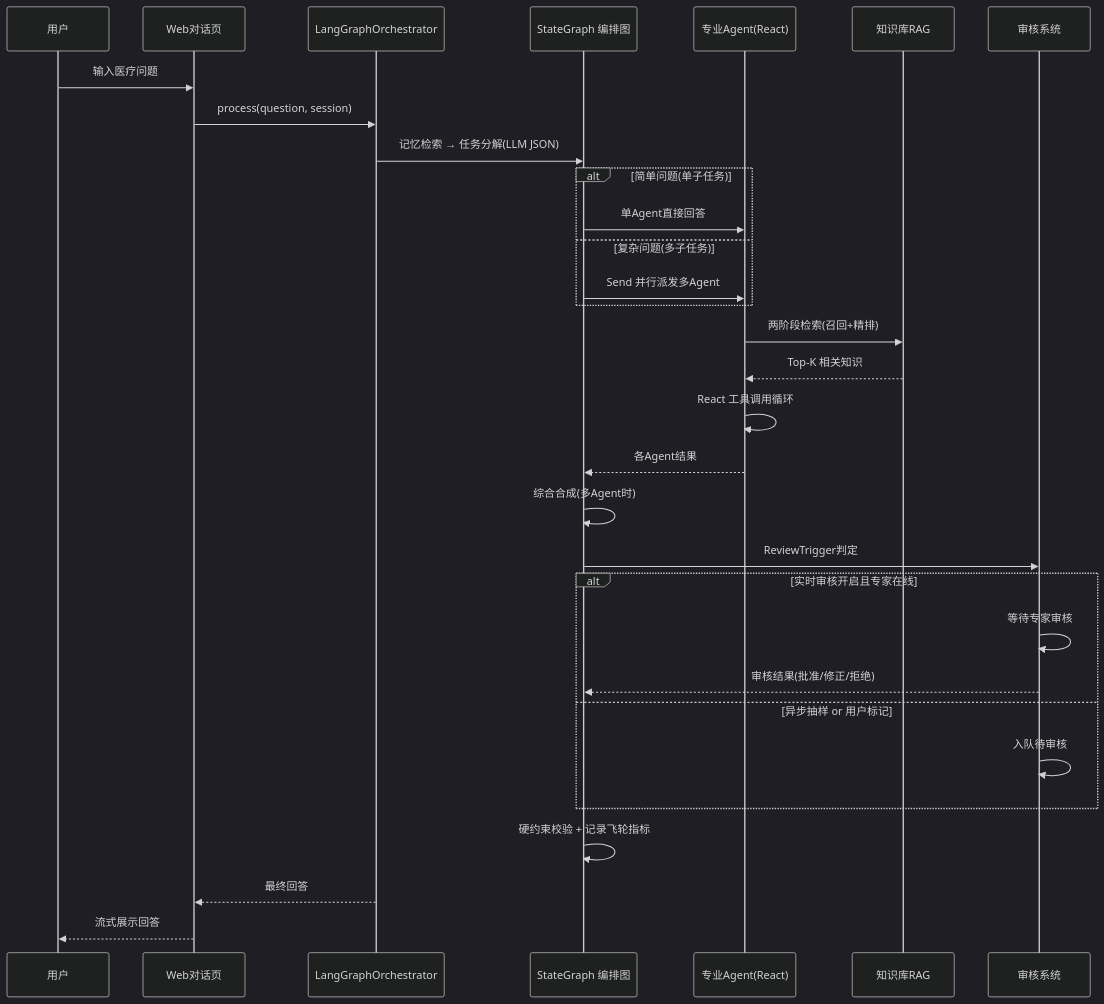
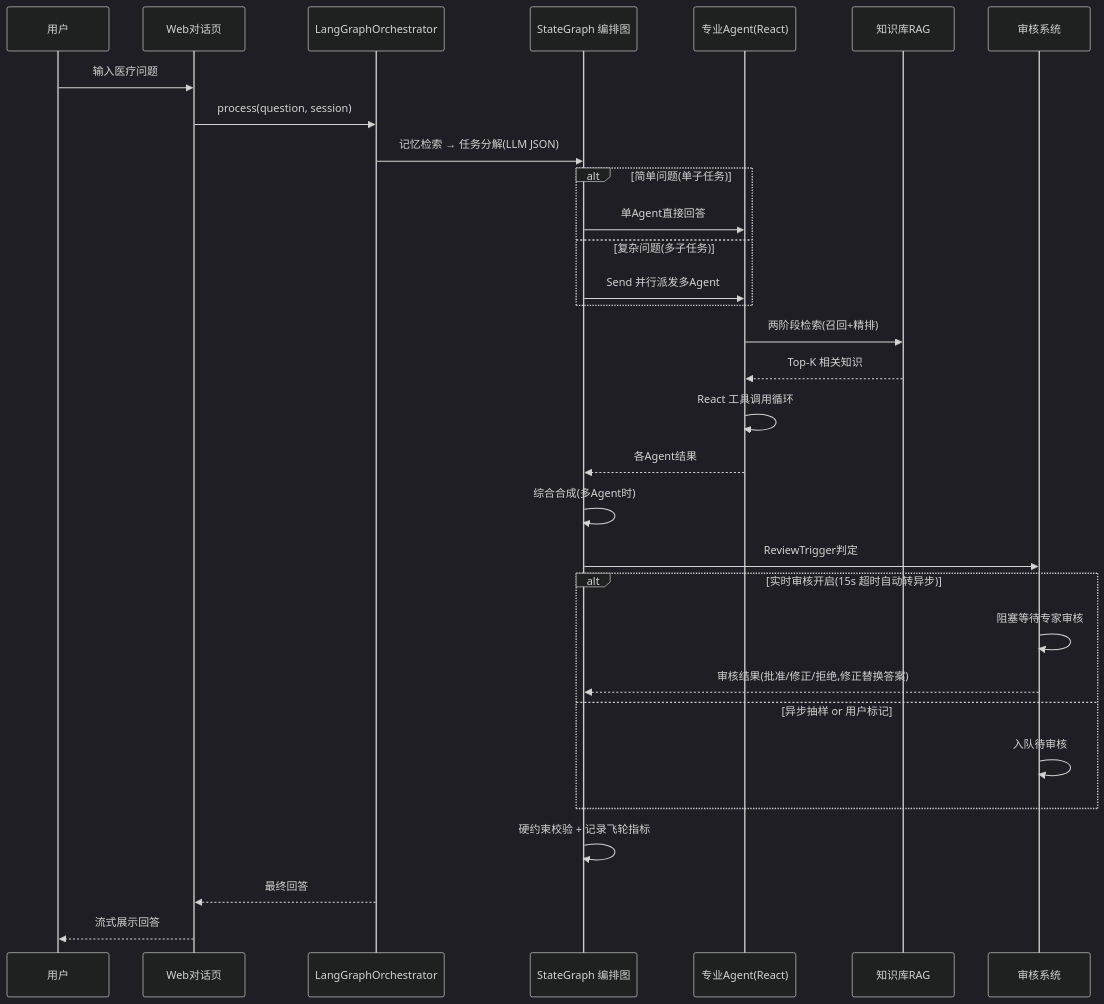
One commit to Cecil09312/medicalAgent changed the second of 5 diagrams in medicalAgent/README.md. Above: the diagram before and after it, drawn with Mermaid (dark theme). The commit also changed other lines of this file and 2 other files, not shown here.

````diff
--- a/medicalAgent/README.md
+++ b/medicalAgent/README.md
@@ -83,38 +83,38 @@
 ```mermaid
 sequenceDiagram
     participant U as 用户
     participant W as Web对话页
     participant O as LangGraphOrchestrator
     participant G as StateGraph 编排图
     participant A as 专业Agent(React)
     participant K as 知识库RAG
     participant R as 审核系统
 
     U->>W: 输入医疗问题
     W->>O: process(question, session)
     O->>G: 记忆检索 → 任务分解(LLM JSON)
 
     alt 简单问题(单子任务)
         G->>A: 单Agent直接回答
     else 复杂问题(多子任务)
         G->>A: Send 并行派发多Agent
     end
 
     A->>K: 两阶段检索(召回+精排)
     K-->>A: Top-K 相关知识
     A->>A: React 工具调用循环
     A-->>G: 各Agent结果
     G->>G: 综合合成(多Agent时)
 
     G->>R: ReviewTrigger判定
-    alt 实时审核开启且专家在线
-        R->>R: 等待专家审核
-        R-->>G: 审核结果(批准/修正/拒绝)
+    alt 实时审核开启(15s 超时自动转异步)
+        R->>R: 阻塞等待专家审核
+        R-->>G: 审核结果(批准/修正/拒绝,修正替换答案)
     else 异步抽样 or 用户标记
         R->>R: 入队待审核
     end
 
     G->>G: 硬约束校验 + 记录飞轮指标
     O-->>W: 最终回答
     W-->>U: 流式展示回答
 ```
````
